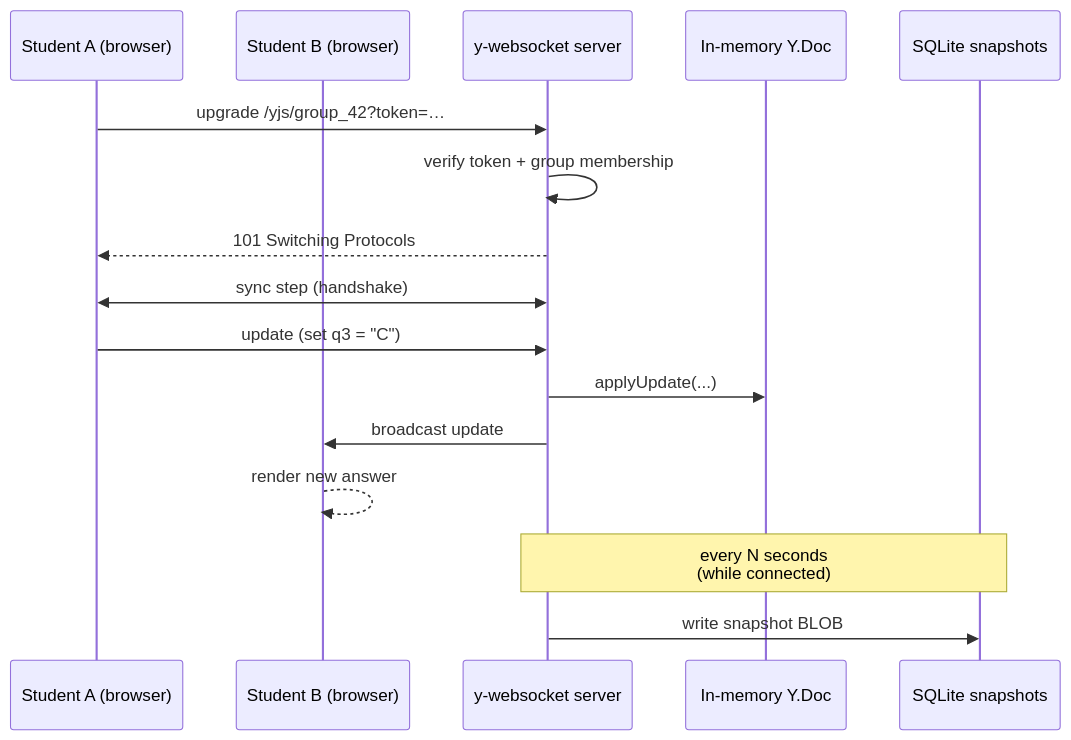
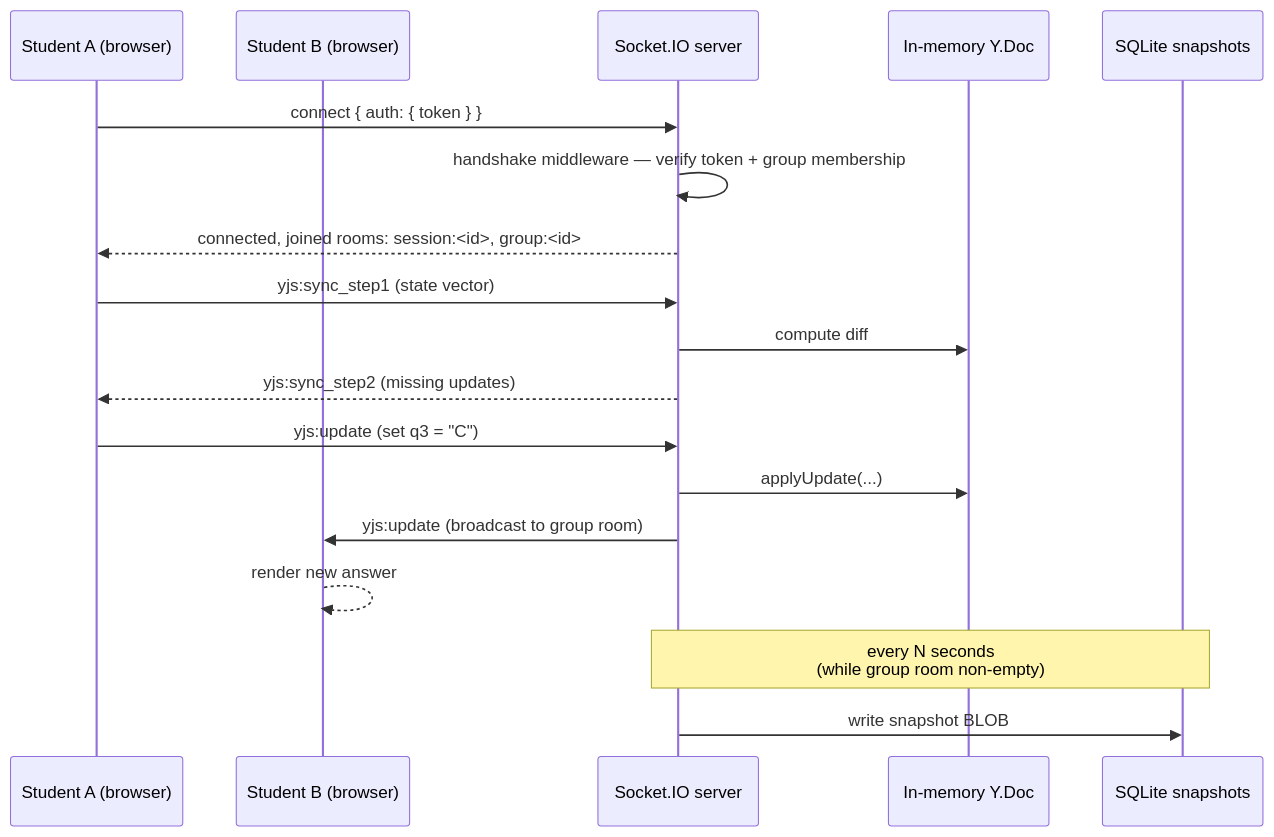
One commit to Eliezir/OfflineClass changed the third of 7 diagrams in docs/architecture.md. Above: the diagram before and after it, drawn with Mermaid. The commit also changed other lines of this file, not shown here.

Commit message:
Update architecture.md replace wss for socketio

````diff
--- a/docs/architecture.md
+++ b/docs/architecture.md
@@ -392,19 +406,21 @@
 ```mermaid
 sequenceDiagram
   participant SA as Student A (browser)
   participant SB as Student B (browser)
-  participant WS as y-websocket server
+  participant IO as Socket.IO server
   participant Doc as In-memory Y.Doc
   participant SQL as SQLite snapshots
 
-  SA->>WS: upgrade /yjs/group_42?token=…
-  WS->>WS: verify token + group membership
-  WS-->>SA: 101 Switching Protocols
-  SA<<->>WS: sync step (handshake)
-  SA->>WS: update (set q3 = "C")
-  WS->>Doc: applyUpdate(...)
-  WS->>SB: broadcast update
+  SA->>IO: connect { auth: { token } }
+  IO->>IO: handshake middleware — verify token + group membership
+  IO-->>SA: connected, joined rooms: session:<id>, group:<id>
+  SA->>IO: yjs:sync_step1 (state vector)
+  IO->>Doc: compute diff
+  IO-->>SA: yjs:sync_step2 (missing updates)
+  SA->>IO: yjs:update (set q3 = "C")
+  IO->>Doc: applyUpdate(...)
+  IO->>SB: yjs:update (broadcast to group room)
   SB-->>SB: render new answer
-  Note over WS,SQL: every N seconds<br/>(while connected)
-  WS->>SQL: write snapshot BLOB
+  Note over IO,SQL: every N seconds<br/>(while group room non-empty)
+  IO->>SQL: write snapshot BLOB
 ```
````
